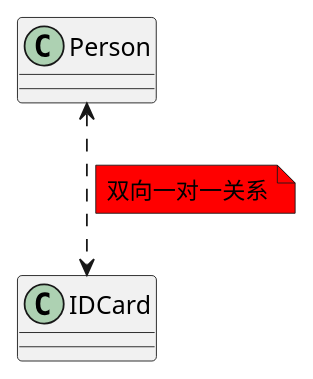
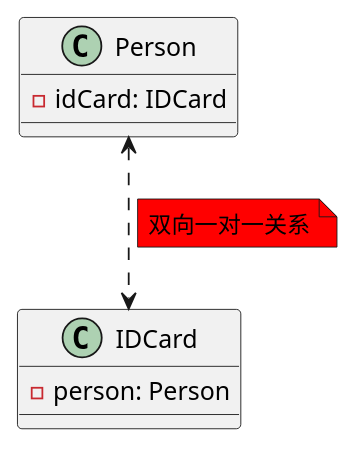
One commit to SmileCJX/DesignPattern changed the diagram in src/pers/caijx/uml/relationship/RelationshipUML.puml. Above: the diagram before and after it, drawn with PlantUML.

Commit message:
双向一对一关联类图

```diff
--- a/src/pers/caijx/uml/relationship/RelationshipUML.puml
+++ b/src/pers/caijx/uml/relationship/RelationshipUML.puml
@@ -1,10 +1,12 @@
 @startuml
 
 class Person
+Person : -idCard: IDCard
 
 class IDCard
+IDCard : -person: Person
 
 Person <..> IDCard
 note left on link #red : 双向一对一关系
 
 @enduml
```
